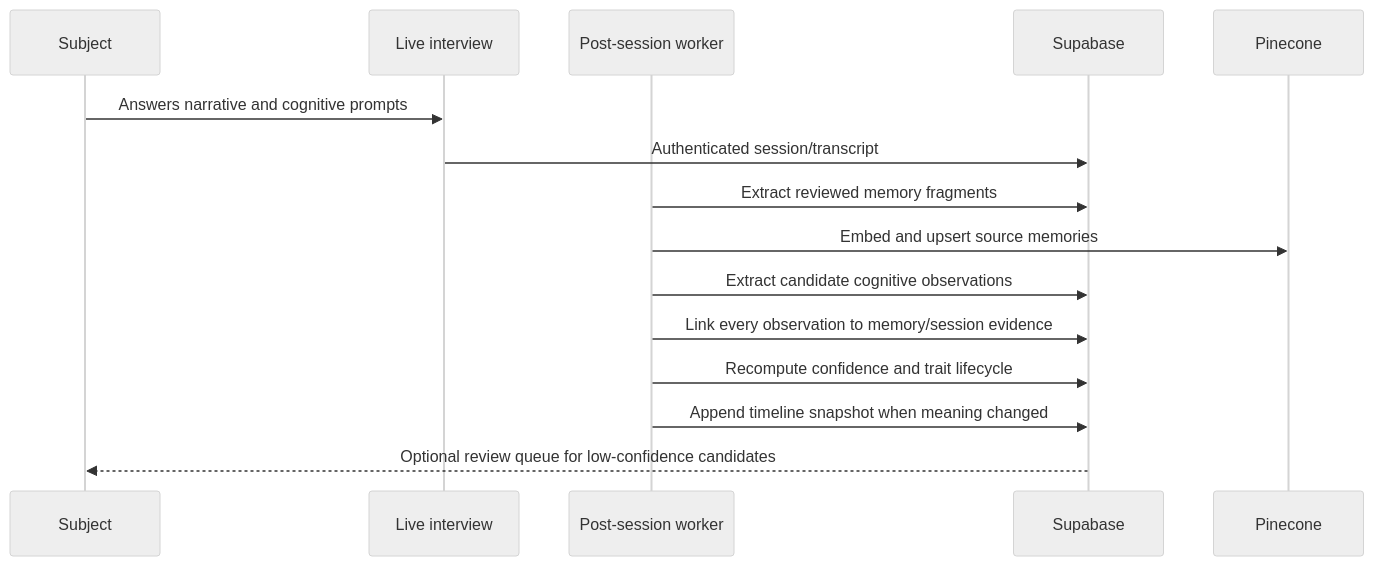
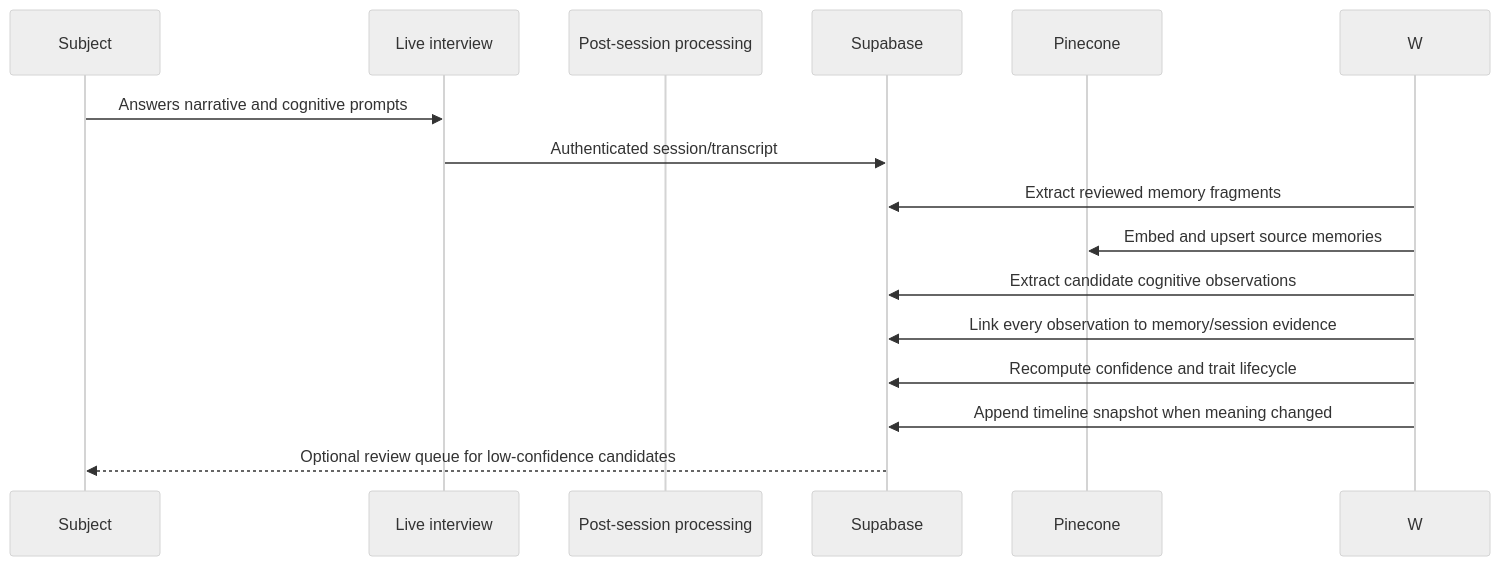
One commit to tusharvaskarsharma/Echo changed the second of 3 diagrams in docs/mind-model-architecture.md. Above: the diagram before and after it, drawn with Mermaid (neutral theme). The commit also changed other lines of this file and 19 other files, not shown here.

````diff
--- a/docs/mind-model-architecture.md
+++ b/docs/mind-model-architecture.md
@@ -79,17 +79,17 @@
 ```mermaid
 sequenceDiagram
   participant S as Subject
   participant L as Live interview
-  participant W as Post-session worker
+  participant P as Post-session processing
   participant DB as Supabase
   participant PC as Pinecone
   S->>L: Answers narrative and cognitive prompts
   L->>DB: Authenticated session/transcript
   W->>DB: Extract reviewed memory fragments
   W->>PC: Embed and upsert source memories
   W->>DB: Extract candidate cognitive observations
   W->>DB: Link every observation to memory/session evidence
   W->>DB: Recompute confidence and trait lifecycle
   W->>DB: Append timeline snapshot when meaning changed
   DB-->>S: Optional review queue for low-confidence candidates
 ```
````
